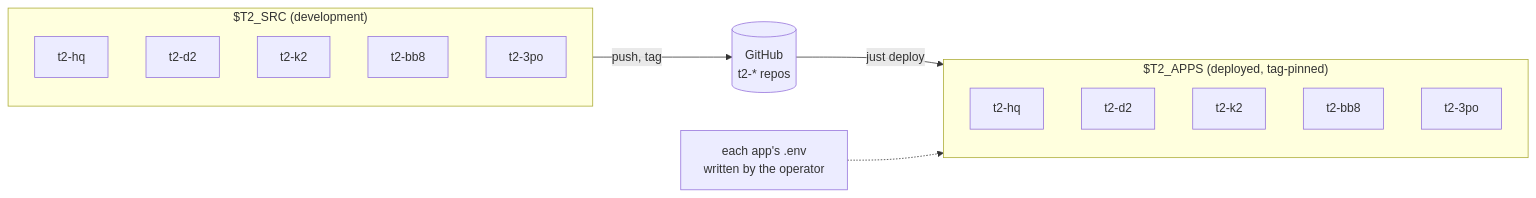
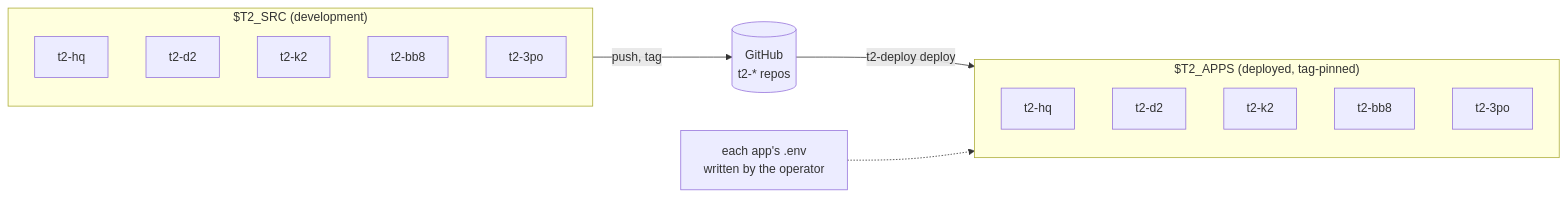
One commit to samlarsen1/t2-hq changed the third of 3 diagrams in ARCHITECTURE.md. Above: the diagram before and after it, drawn with Mermaid. The commit also changed 11 other files, not shown here.

````diff
--- a/ARCHITECTURE.md
+++ b/ARCHITECTURE.md
@@ -104,21 +104,21 @@
 ```mermaid
 flowchart LR
     subgraph dev["$T2_SRC (development)"]
         r1["t2-hq"]
         r2["t2-d2"]
         r3["t2-k2"]
         r4["t2-bb8"]
         r5["t2-3po"]
     end
     gh[("GitHub<br/>t2-* repos")]
     subgraph apps["$T2_APPS (deployed, tag-pinned)"]
         a1["t2-hq"]
         a2["t2-d2"]
         a3["t2-k2"]
         a4["t2-bb8"]
         a5["t2-3po"]
     end
     dev -->|"push, tag"| gh
-    gh -->|"just deploy"| apps
+    gh -->|"t2-deploy deploy"| apps
     env["each app's .env<br/>written by the operator"] -.-> apps
 ```
````
